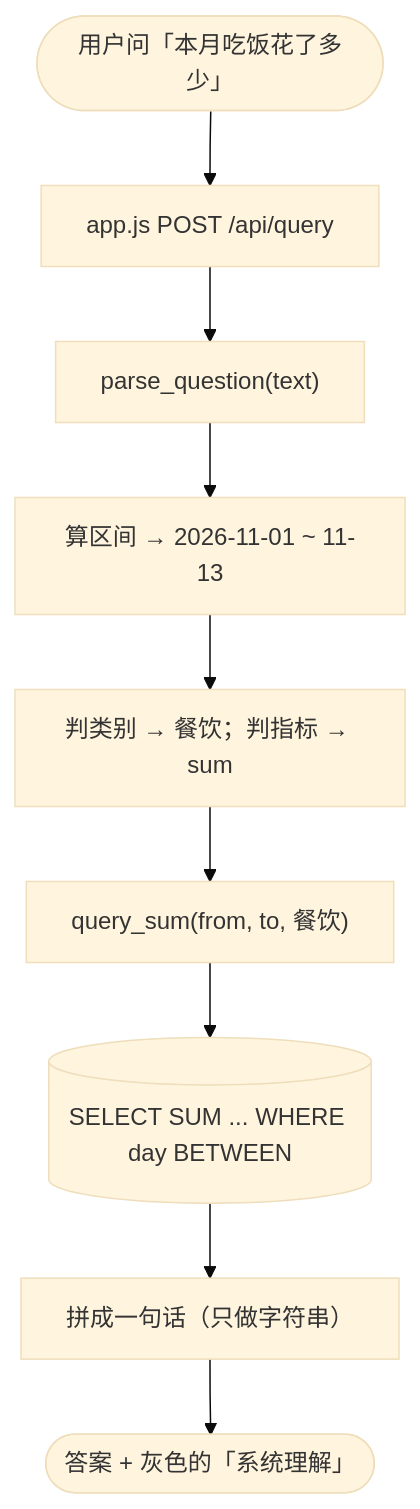
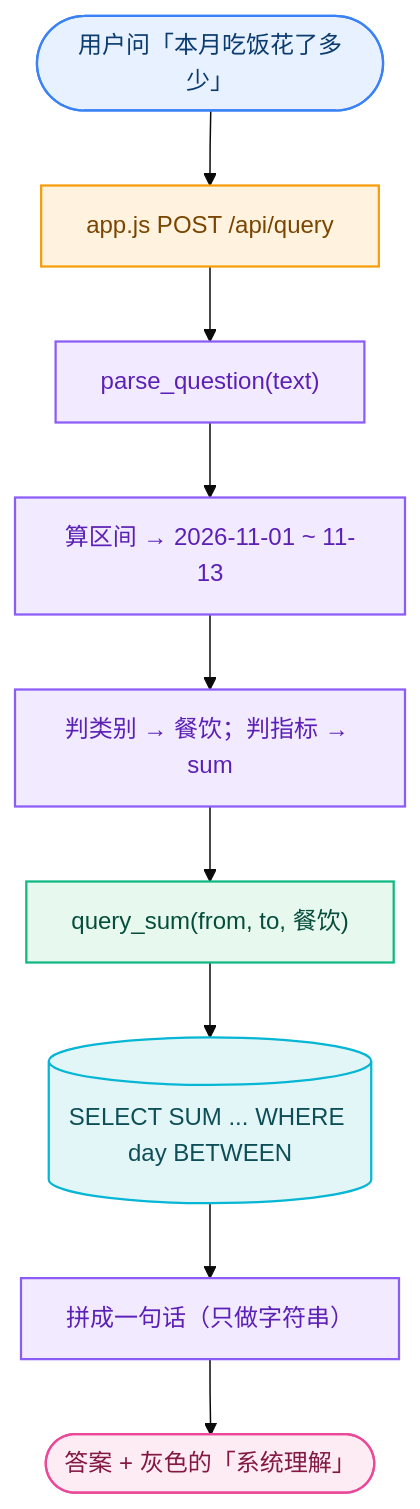
The second of 2 diagrams in docs/流程图.md (me648648648/money-trace-ai), drawn with Mermaid (base theme) before and after one commit. The commit also changed other lines of this file, not shown here.

Commit message:
流程图的优化

````diff
--- a/docs/流程图.md
+++ b/docs/流程图.md
@@ -35,11 +46,19 @@
 ```mermaid
+%% 和上面同一套配色，紫色那一段就是「理解层」，它只出条件、不算钱
 flowchart TD
-  Q(["用户问「本月吃饭花了多少」"]) --> Q1["app.js POST /api/query"]
-  Q1 --> Q2["parse_question(text)"]
-  Q2 --> Q3["算区间 → 2026-11-01 ~ 11-13"]
-  Q3 --> Q4["判类别 → 餐饮；判指标 → sum"]
-  Q4 --> Q5["query_sum(from, to, 餐饮)"]
-  Q5 --> Q6[("SELECT SUM ... WHERE day BETWEEN")]
-  Q6 --> Q7["拼成一句话（只做字符串）"]
-  Q7 --> Q8(["答案 + 灰色的「系统理解」"])
+  Q(["用户问「本月吃饭花了多少」"]):::entry --> Q1["app.js POST /api/query"]:::front
+  Q1 --> Q2["parse_question(text)"]:::parse
+  Q2 --> Q3["算区间 → 2026-11-01 ~ 11-13"]:::parse
+  Q3 --> Q4["判类别 → 餐饮；判指标 → sum"]:::parse
+  Q4 --> Q5["query_sum(from, to, 餐饮)"]:::api
+  Q5 --> Q6[("SELECT SUM ... WHERE day BETWEEN")]:::data
+  Q6 --> Q7["拼成一句话（只做字符串）"]:::parse
+  Q7 --> Q8(["答案 + 灰色的「系统理解」"]):::out
+
+  classDef entry fill:#E8F1FF,stroke:#3B82F6,stroke-width:1.5px,color:#0B3B6F
+  classDef front fill:#FFF3E0,stroke:#F59E0B,stroke-width:1.5px,color:#7A4500
+  classDef parse fill:#F2EBFF,stroke:#8B5CF6,stroke-width:1.5px,color:#5B21B6
+  classDef api fill:#E7F8EF,stroke:#10B981,stroke-width:1.5px,color:#064E3B
+  classDef data fill:#E3F6F7,stroke:#06B6D4,stroke-width:1.5px,color:#0E4F57
+  classDef out fill:#FDECF3,stroke:#EC4899,stroke-width:1.5px,color:#831843
 ```
````
